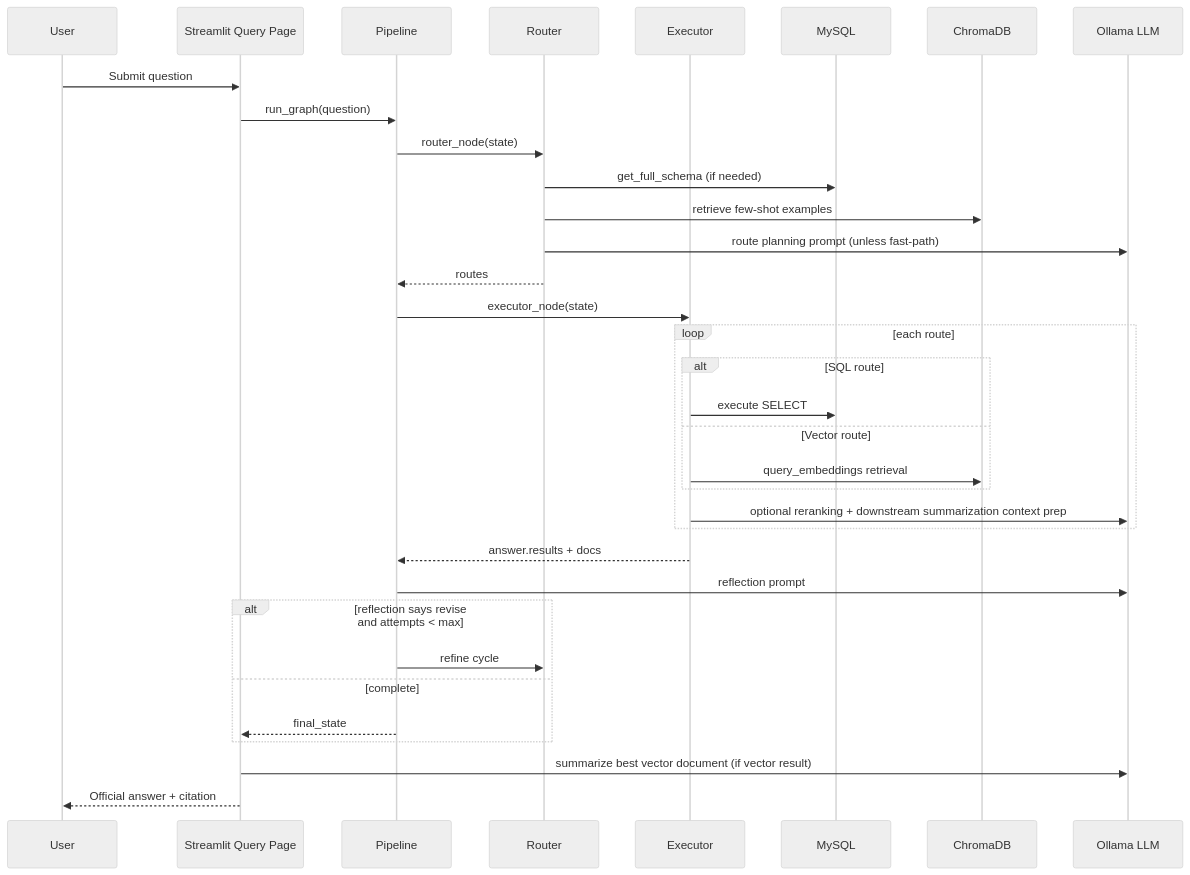
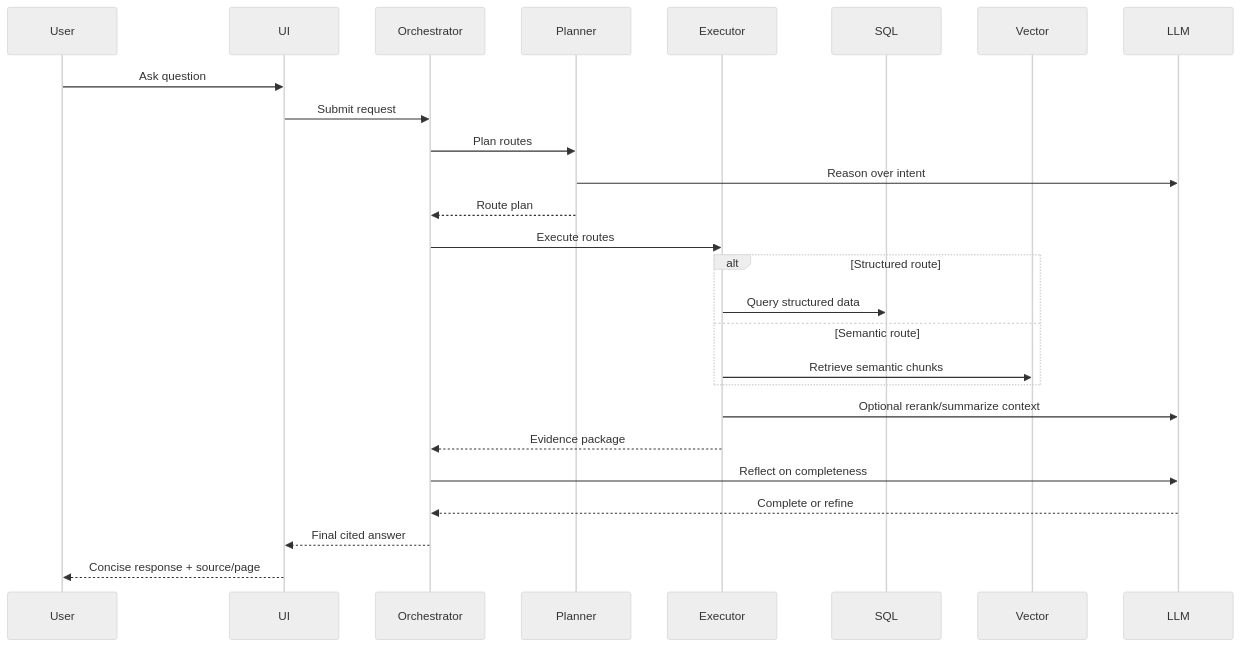
One commit to arde1369/hybrid-search-agentic-rag changed the second of 2 diagrams in DESIGN_DOCUMENT.md. Above: the diagram before and after it, drawn with Mermaid (neutral theme). The commit also changed other lines of this file, not shown here.

````diff
--- a/DESIGN_DOCUMENT.md
+++ b/DESIGN_DOCUMENT.md
@@ -361,40 +294,33 @@
 ```mermaid
 sequenceDiagram
-    participant User
-    participant UI as Streamlit Query Page
-    participant Pipeline
-    participant Router
-    participant Executor
-    participant SQL as MySQL
-    participant VDB as ChromaDB
-    participant LLM as Ollama LLM
+  participant User
+  participant UI
+  participant Orchestrator
+  participant Planner
+  participant Executor
+  participant SQL
+  participant Vector
+  participant LLM
 
-    User->>UI: Submit question
-    UI->>Pipeline: run_graph(question)
-    Pipeline->>Router: router_node(state)
-    Router->>SQL: get_full_schema (if needed)
-    Router->>VDB: retrieve few-shot examples
-    Router->>LLM: route planning prompt (unless fast-path)
-    Router-->>Pipeline: routes
+  User->>UI: Ask question
+  UI->>Orchestrator: Submit request
+  Orchestrator->>Planner: Plan routes
+  Planner->>LLM: Reason over intent
+  Planner-->>Orchestrator: Route plan
 
-    Pipeline->>Executor: executor_node(state)
-    loop each route
-      alt SQL route
-        Executor->>SQL: execute SELECT
-      else Vector route
-        Executor->>VDB: query_embeddings retrieval
-      end
-      Executor->>LLM: optional reranking + downstream summarization context prep
-    end
+  Orchestrator->>Executor: Execute routes
+  alt Structured route
+    Executor->>SQL: Query structured data
+  else Semantic route
+    Executor->>Vector: Retrieve semantic chunks
+  end
 
-    Executor-->>Pipeline: answer.results + docs
-    Pipeline->>LLM: reflection prompt
-    alt reflection says revise and attempts < max
-      Pipeline->>Router: refine cycle
-    else complete
-      Pipeline-->>UI: final_state
-    end
+  Executor->>LLM: Optional rerank/summarize context
+  Executor-->>Orchestrator: Evidence package
 
-    UI->>LLM: summarize best vector document (if vector result)
-    UI-->>User: Official answer + citation
+  Orchestrator->>LLM: Reflect on completeness
+  LLM-->>Orchestrator: Complete or refine
+
+  Orchestrator-->>UI: Final cited answer
+  UI-->>User: Concise response + source/page
 ```
````
